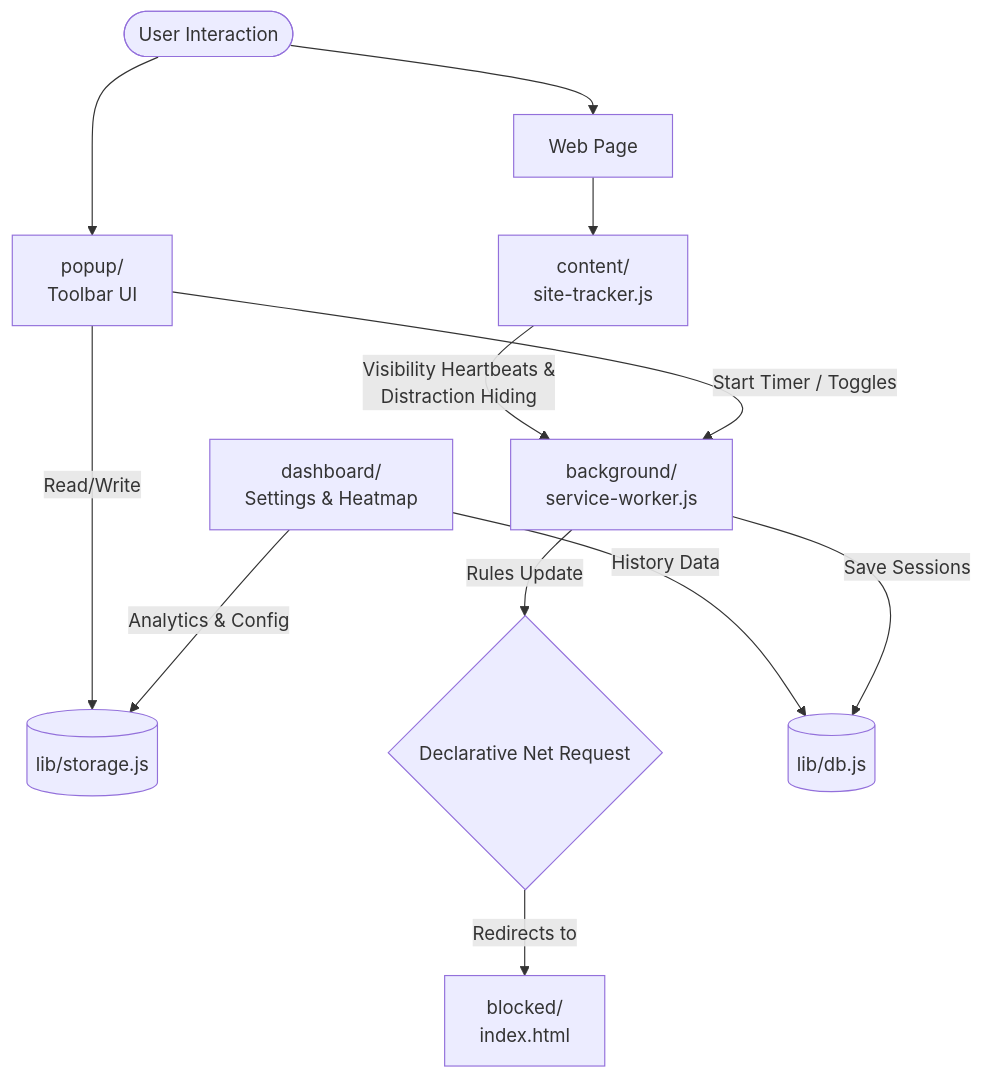
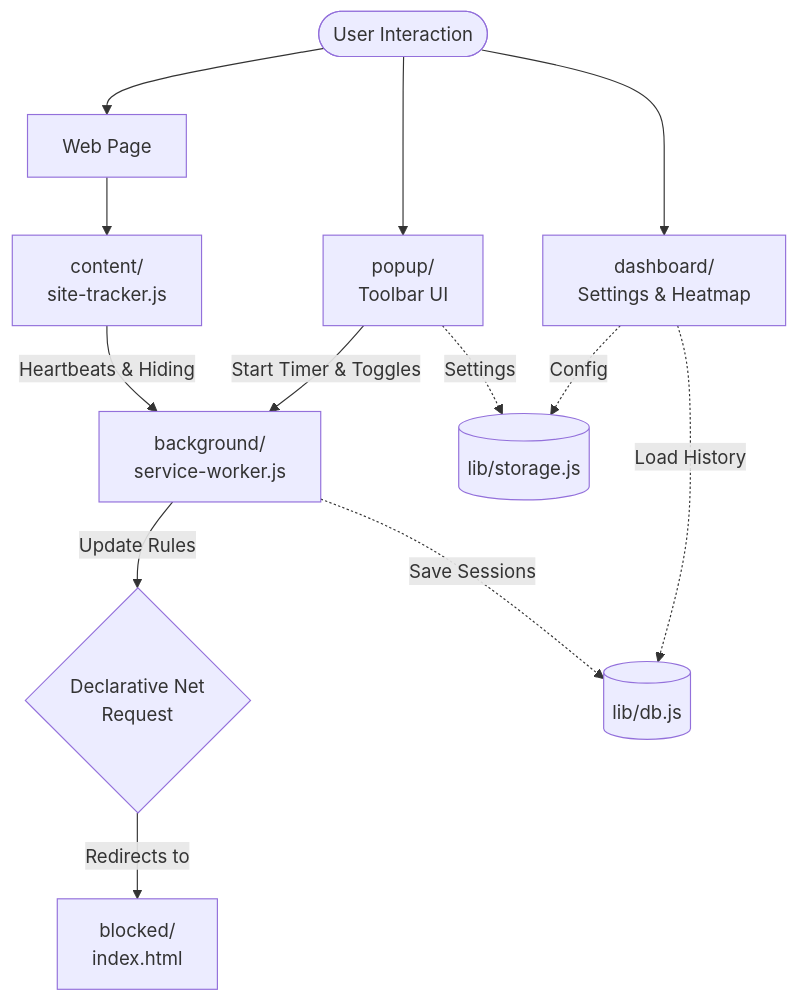
The diagram in CONTRIBUTING.md (vishwa-vsr/FocusFlow), drawn with Mermaid before and after one commit.

Commit message:
docs: fix Mermaid diagram overlap in CONTRIBUTING.md

````diff
--- a/CONTRIBUTING.md
+++ b/CONTRIBUTING.md
@@ -53,18 +53,20 @@
 ```mermaid
 graph TD
-    User([User Interaction]) --> Popup[popup/<br/>Toolbar UI]
-    User --> Page[Web Page]
+    User([User Interaction]) --> Page[Web Page]
+    User --> Popup[popup/<br/>Toolbar UI]
+    User --> Dashboard[dashboard/<br/>Settings & Heatmap]
+
+    Page --> Content[content/<br/>site-tracker.js]
     
-    Page --> Content[content/<br/>site-tracker.js]
-    Content -- "Visibility Heartbeats &<br/>Distraction Hiding" --> Background[background/<br/>service-worker.js]
+    Content -- "Heartbeats & Hiding" --> Background[background/<br/>service-worker.js]
+    Popup -- "Start Timer & Toggles" --> Background
     
-    Popup -- "Start Timer / Toggles" --> Background
-    Popup -- "Read/Write" --> Storage[(lib/storage.js)]
-    
-    Background -- "Rules Update" --> DNR{Declarative Net Request}
+    Background -- "Update Rules" --> DNR{Declarative Net<br/>Request}
     DNR -- "Redirects to" --> Blocked[blocked/<br/>index.html]
     
-    Dashboard[dashboard/<br/>Settings & Heatmap] -- "Analytics & Config" --> Storage
-    Dashboard -- "History Data" --> DB[(lib/db.js)]
-    Background -- "Save Sessions" --> DB
+    Popup -. "Settings" .-> Storage[(lib/storage.js)]
+    Dashboard -. "Config" .-> Storage
+    
+    Background -. "Save Sessions" .-> DB[(lib/db.js)]
+    Dashboard -. "Load History" .-> DB
 ```
````
